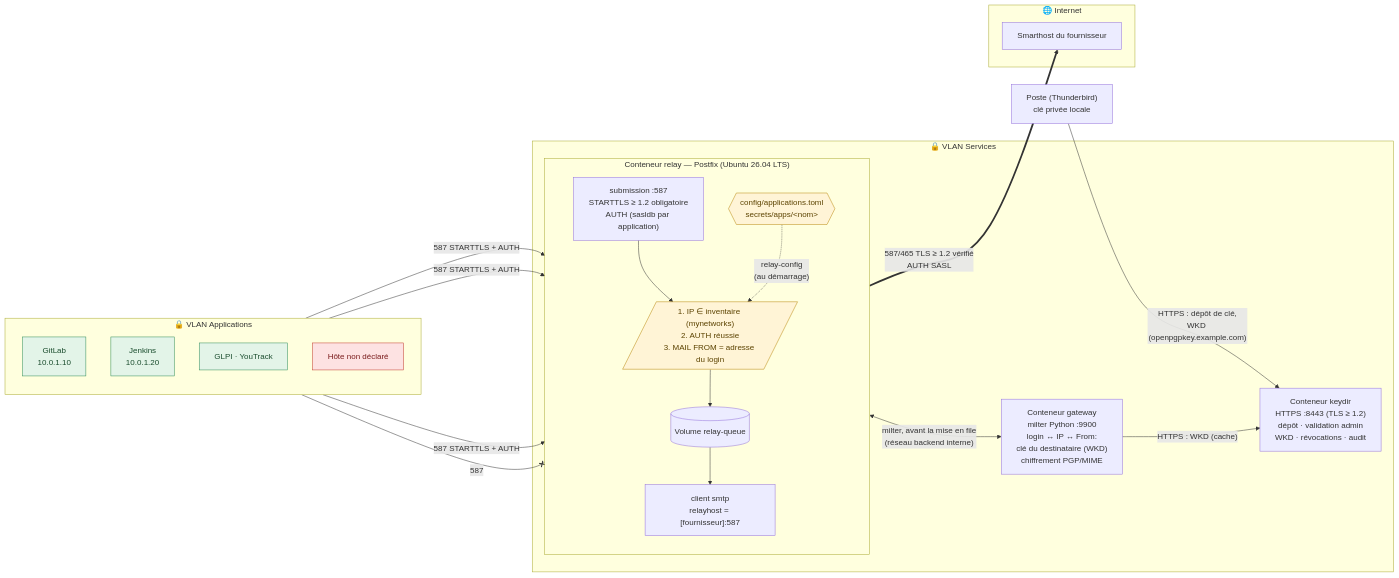
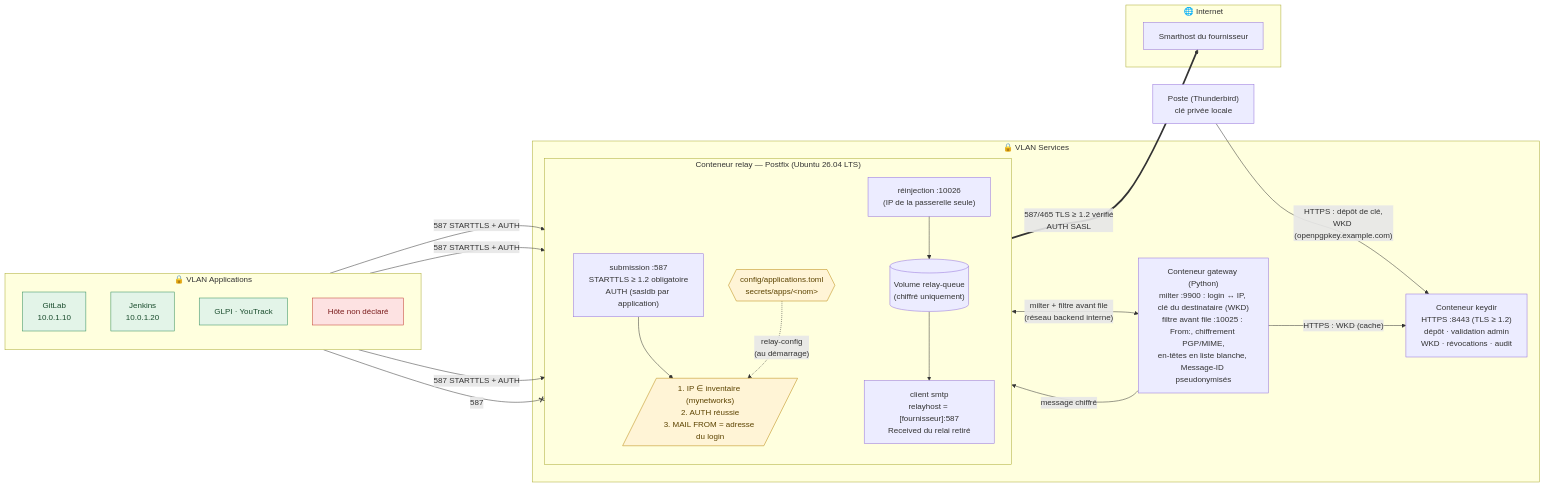
Before and after one commit to kosaar/relai-smtp: the first of 3 diagrams in docs/architecture.md, drawn with Mermaid. The commit also changed other lines of this file and 29 other files, not shown here.

````diff
--- a/docs/architecture.md
+++ b/docs/architecture.md
@@ -11,45 +11,48 @@
 ```mermaid
 flowchart LR
     subgraph APPS["🔒 VLAN Applications"]
         direction TB
         GL["GitLab<br/>10.0.1.10"]
         JK["Jenkins<br/>10.0.1.20"]
         GP["GLPI · YouTrack"]
         UNK["Hôte non déclaré"]
     end
 
     subgraph SVC["🔒 VLAN Services"]
         subgraph RELAY["Conteneur relay — Postfix (Ubuntu 26.04 LTS)"]
             direction TB
             SMTPD["submission :587<br/>STARTTLS ≥ 1.2 obligatoire<br/>AUTH (sasldb par application)"]
             ACL[/"1. IP ∈ inventaire (mynetworks)<br/>2. AUTH réussie<br/>3. MAIL FROM = adresse du login"/]
-            Q[("Volume relay-queue")]
-            SMTP["client smtp<br/>relayhost = [fournisseur]:587"]
+            RI["réinjection :10026<br/>(IP de la passerelle seule)"]
+            Q[("Volume relay-queue<br/>(chiffré uniquement)")]
+            SMTP["client smtp<br/>relayhost = [fournisseur]:587<br/>Received du relai retiré"]
             INV{{"config/applications.toml<br/>secrets/apps/&lt;nom&gt;"}}
-            SMTPD --> ACL --> Q --> SMTP
+            SMTPD --> ACL
+            RI --> Q --> SMTP
             INV -. "relay-config<br/>(au démarrage)" .-> ACL
         end
-        GW["Conteneur gateway<br/>milter Python :9900<br/>login ↔ IP ↔ From:<br/>clé du destinataire (WKD)<br/>chiffrement PGP/MIME"]
+        GW["Conteneur gateway (Python)<br/>milter :9900 : login ↔ IP, clé du destinataire (WKD)<br/>filtre avant file :10025 : From:, chiffrement PGP/MIME,<br/>en-têtes en liste blanche, Message-ID pseudonymisés"]
         KD["Conteneur keydir<br/>HTTPS :8443 (TLS ≥ 1.2)<br/>dépôt · validation admin<br/>WKD · révocations · audit"]
     end
 
     TB["Poste (Thunderbird)<br/>clé privée locale"]
 
     subgraph NET["🌐 Internet"]
         MTA["Smarthost du fournisseur"]
     end
 
     GL & JK & GP -- "587 STARTTLS + AUTH" --> SMTPD
     UNK -- "587" --x SMTPD
-    ACL <-- "milter, avant la mise en file<br/>(réseau backend interne)" --> GW
+    ACL <-- "milter + filtre avant file<br/>(réseau backend interne)" --> GW
+    GW -- "message chiffré" --> RI
     SMTP == "587/465 TLS ≥ 1.2 vérifié<br/>AUTH SASL" ==> MTA
     TB -- "HTTPS : dépôt de clé,<br/>WKD (openpgpkey.example.com)" --> KD
     GW -- "HTTPS : WKD (cache)" --> KD
 
     classDef deny fill:#fde2e2,stroke:#c0392b,color:#7b1d1d;
     classDef ok fill:#e3f4e8,stroke:#2e8b57,color:#1b4d2e;
     classDef sec fill:#fff4d6,stroke:#b8860b,color:#5c4300;
     class UNK deny;
     class GL,JK,GP ok;
     class INV,ACL sec;
 ```
````
